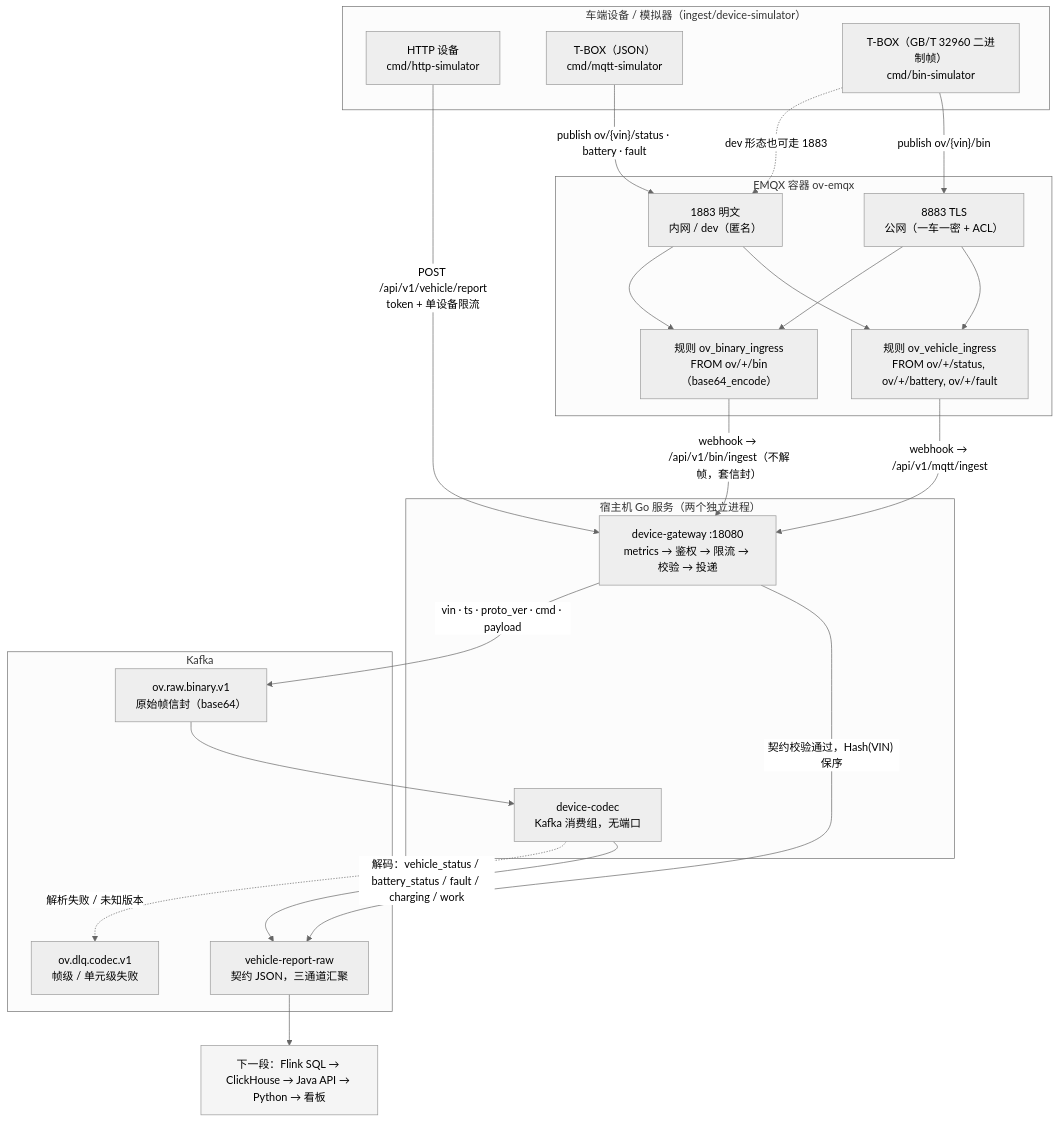
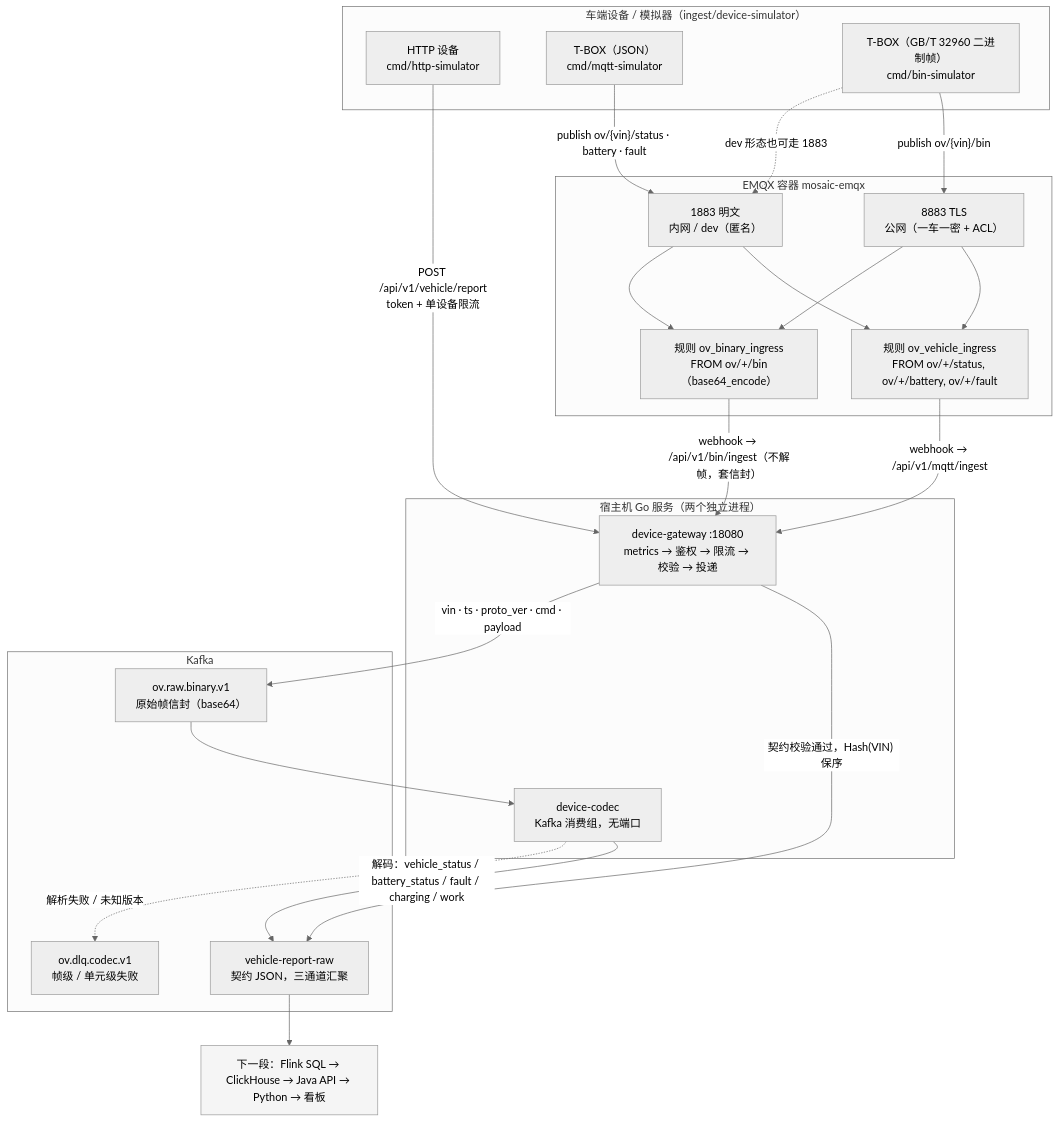
One commit to Mosslau/Mosaic changed the first of 5 diagrams in engineering/data-platform/ingest/docs/01-接入层设计-v1.md. Above: the diagram before and after it, drawn with Mermaid (neutral theme). The commit also changed other lines of this file and 74 other files, not shown here.

````diff
--- a/engineering/data-platform/ingest/docs/01-接入层设计-v1.md
+++ b/engineering/data-platform/ingest/docs/01-接入层设计-v1.md
@@ -14,46 +14,46 @@
 ```mermaid
 flowchart TB
   subgraph DEV["车端设备 / 模拟器（ingest/device-simulator）"]
     D1["HTTP 设备<br/>cmd/http-simulator"]
     D2["T-BOX（JSON）<br/>cmd/mqtt-simulator"]
     D3["T-BOX（GB/T 32960 二进制帧）<br/>cmd/bin-simulator"]
   end
 
-  subgraph MQ["EMQX 容器 ov-emqx"]
+  subgraph MQ["EMQX 容器 mosaic-emqx"]
     L1["1883 明文<br/>内网 / dev（匿名）"]
     L2["8883 TLS<br/>公网（一车一密 + ACL）"]
     R1["规则 ov_vehicle_ingress<br/>FROM ov/+/status, ov/+/battery, ov/+/fault"]
     R2["规则 ov_binary_ingress<br/>FROM ov/+/bin（base64_encode）"]
   end
 
   subgraph HOST["宿主机 Go 服务（两个独立进程）"]
     GW["device-gateway :18080<br/>metrics → 鉴权 → 限流 → 校验 → 投递"]
     DC["device-codec<br/>Kafka 消费组，无端口"]
   end
 
   subgraph KAFKA["Kafka"]
     T1["vehicle-report-raw<br/>契约 JSON，三通道汇聚"]
     T2["ov.raw.binary.v1<br/>原始帧信封（base64）"]
     T3["ov.dlq.codec.v1<br/>帧级 / 单元级失败"]
   end
 
   D1 -->|"POST /api/v1/vehicle/report<br/>token + 单设备限流"| GW
   D2 -->|"publish ov/{vin}/status · battery · fault"| L1
   D3 -->|"publish ov/{vin}/bin"| L2
   D3 -. "dev 形态也可走 1883" .-> L1
   L1 --> R1
   L1 --> R2
   L2 --> R1
   L2 --> R2
   R1 -->|"webhook → /api/v1/mqtt/ingest"| GW
   R2 -->|"webhook → /api/v1/bin/ingest（不解帧，套信封）"| GW
   GW -->|"契约校验通过，Hash(VIN) 保序"| T1
   GW -->|"vin · ts · proto_ver · cmd · payload"| T2
   T2 --> DC
   DC -->|"解码：vehicle_status / battery_status / fault / charging / work"| T1
   DC -. "解析失败 / 未知版本" .-> T3
   T1 --> NEXT["下一段：Flink SQL → ClickHouse → Java API → Python → 看板"]
 
   classDef future fill:#f5f5f5,stroke:#999
   class NEXT future
 ```
````
